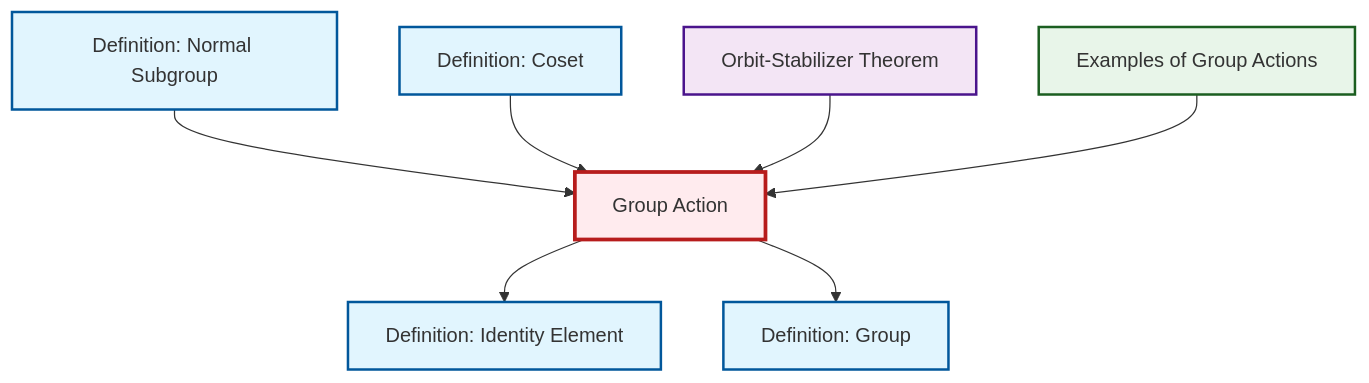
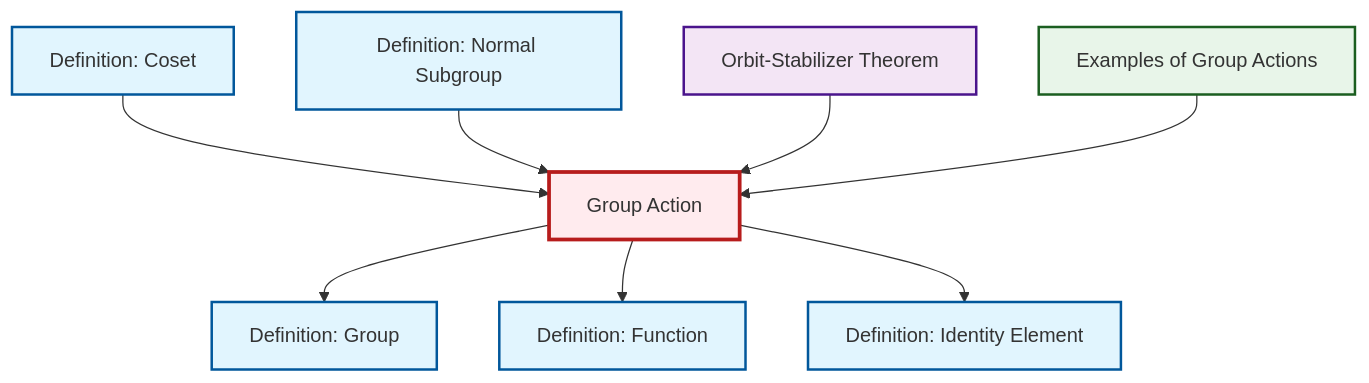
The diagram in content/ja/algebra/def-group-action.qmd (RK0429/ModernMath), drawn with Mermaid before and after one commit. The commit also changed 554 other files, not shown here.

````diff
--- a/content/ja/algebra/def-group-action.qmd
+++ b/content/ja/algebra/def-group-action.qmd
@@ -62,29 +62,32 @@
 ```{mermaid}
 %%| fig-cap: "Local dependency graph"
 graph TD
     classDef definition fill:#e1f5fe,stroke:#01579b,stroke-width:2px
     classDef theorem fill:#f3e5f5,stroke:#4a148c,stroke-width:2px
     classDef axiom fill:#fff3e0,stroke:#e65100,stroke-width:2px
     classDef example fill:#e8f5e9,stroke:#1b5e20,stroke-width:2px
     classDef current fill:#ffebee,stroke:#b71c1c,stroke-width:3px
+    def-group-action["Group Action"]:::definition
+    def-group["Definition: Group"]:::definition
+    def-function["Definition: Function"]:::definition
+    thm-orbit-stabilizer["Orbit-Stabilizer Theorem"]:::theorem
+    def-normal-subgroup["Definition: Normal Subgroup"]:::definition
+    def-coset["Definition: Coset"]:::definition
     ex-group-action-examples["Examples of Group Actions"]:::example
-    thm-orbit-stabilizer["Orbit-Stabilizer Theorem"]:::theorem
-    def-group["Definition: Group"]:::definition
-    def-normal-subgroup["Definition: Normal Subgroup"]:::definition
     def-identity-element["Definition: Identity Element"]:::definition
-    def-coset["Definition: Coset"]:::definition
-    def-group-action["Group Action"]:::definition
+    def-coset --> def-group-action
+    def-normal-subgroup --> def-group-action
+    def-group-action --> def-group
+    def-group-action --> def-function
+    thm-orbit-stabilizer --> def-group-action
     def-group-action --> def-identity-element
-    def-normal-subgroup --> def-group-action
-    def-coset --> def-group-action
-    thm-orbit-stabilizer --> def-group-action
     ex-group-action-examples --> def-group-action
-    def-group-action --> def-group
     class def-group-action current
+    click def-group "def-group.html" "Definition: Groupへ"
+    click def-function "def-function.html" "Definition: Functionへ"
+    click thm-orbit-stabilizer "thm-orbit-stabilizer.html" "Orbit-Stabilizer Theoremへ"
+    click def-normal-subgroup "def-normal-subgroup.html" "Definition: Normal Subgroupへ"
+    click def-coset "def-coset.html" "Definition: Cosetへ"
     click ex-group-action-examples "ex-group-action-examples.html" "Examples of Group Actionsへ"
-    click thm-orbit-stabilizer "thm-orbit-stabilizer.html" "Orbit-Stabilizer Theoremへ"
-    click def-group "def-group.html" "Definition: Groupへ"
-    click def-normal-subgroup "def-normal-subgroup.html" "Definition: Normal Subgroupへ"
     click def-identity-element "def-identity-element.html" "Definition: Identity Elementへ"
-    click def-coset "def-coset.html" "Definition: Cosetへ"
 ```
````
